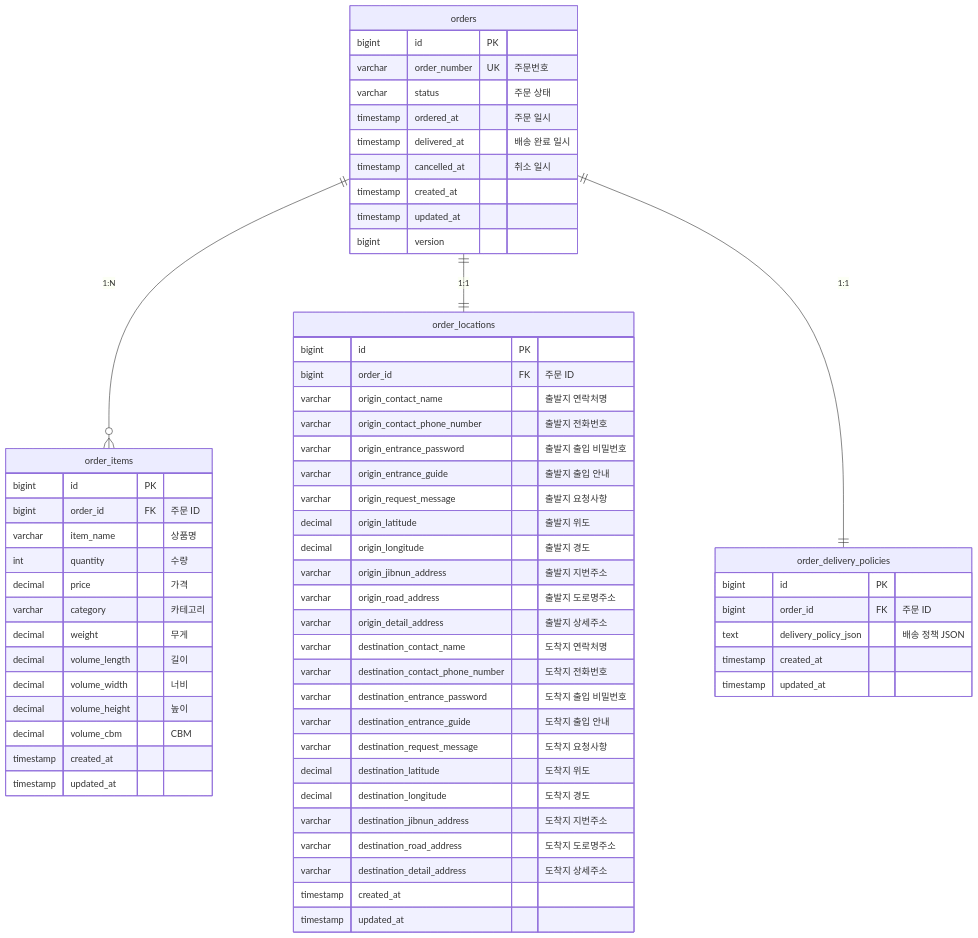
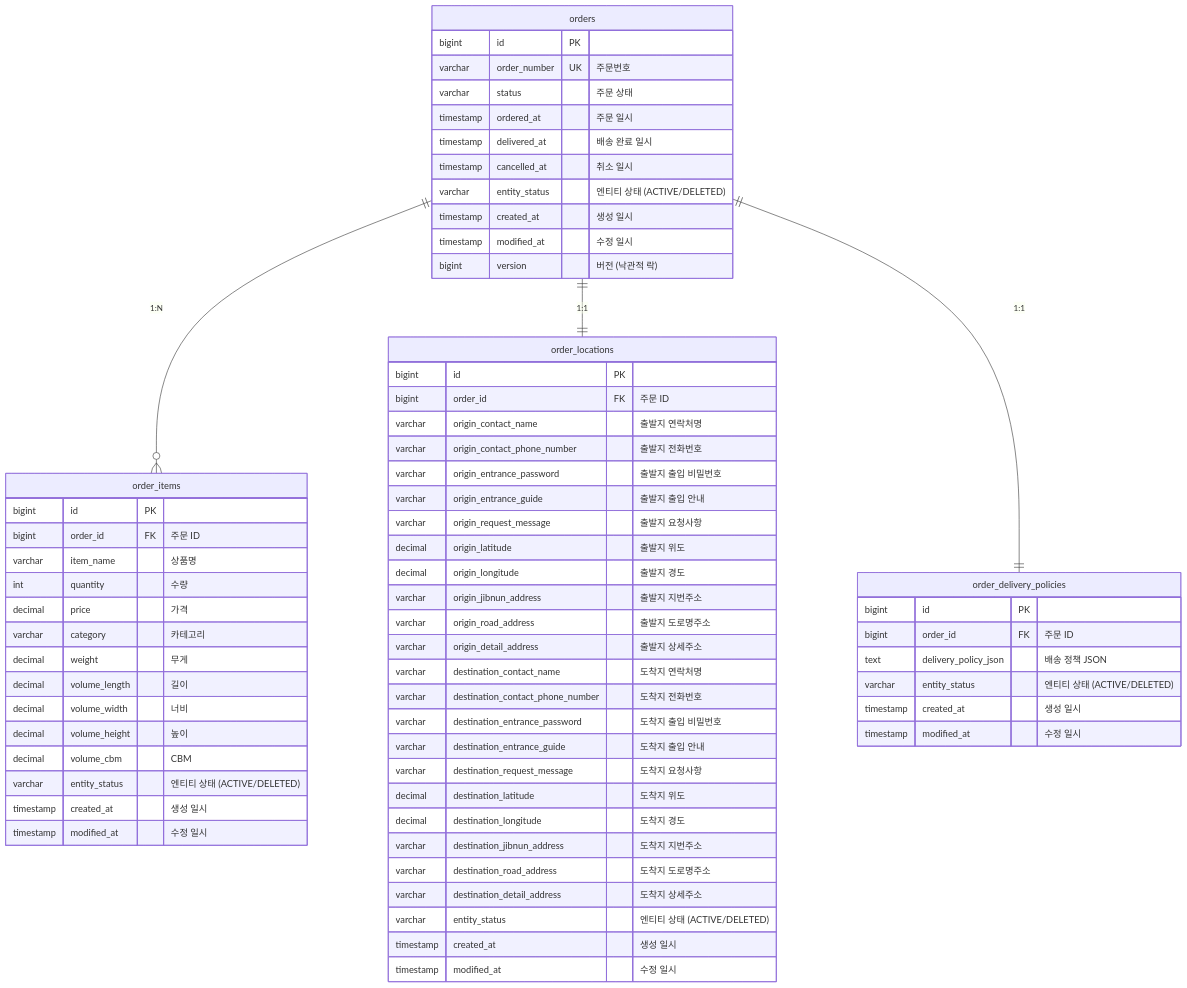
One commit to YoungChulShin-Russel/vroong-laas-order-ai-test changed the diagram in documents/ERD.md. Above: the diagram before and after it, drawn with Mermaid. The commit also changed other lines of this file and 5 other files, not shown here.

````diff
--- a/documents/ERD.md
+++ b/documents/ERD.md
@@ -5,69 +5,73 @@
 ```mermaid
 erDiagram
     orders {
         bigint id PK
         varchar order_number UK "주문번호"
         varchar status "주문 상태"
         timestamp ordered_at "주문 일시"
         timestamp delivered_at "배송 완료 일시"
         timestamp cancelled_at "취소 일시"
-        timestamp created_at
-        timestamp updated_at
-        bigint version
+        varchar entity_status "엔티티 상태 (ACTIVE/DELETED)"
+        timestamp created_at "생성 일시"
+        timestamp modified_at "수정 일시"
+        bigint version "버전 (낙관적 락)"
     }
 
     order_items {
         bigint id PK
         bigint order_id FK "주문 ID"
         varchar item_name "상품명"
         int quantity "수량"
         decimal price "가격"
         varchar category "카테고리"
         decimal weight "무게"
         decimal volume_length "길이"
         decimal volume_width "너비"
         decimal volume_height "높이"
         decimal volume_cbm "CBM"
-        timestamp created_at
-        timestamp updated_at
+        varchar entity_status "엔티티 상태 (ACTIVE/DELETED)"
+        timestamp created_at "생성 일시"
+        timestamp modified_at "수정 일시"
     }
 
     order_locations {
         bigint id PK
         bigint order_id FK "주문 ID"
         varchar origin_contact_name "출발지 연락처명"
         varchar origin_contact_phone_number "출발지 전화번호"
         varchar origin_entrance_password "출발지 출입 비밀번호"
         varchar origin_entrance_guide "출발지 출입 안내"
         varchar origin_request_message "출발지 요청사항"
         decimal origin_latitude "출발지 위도"
         decimal origin_longitude "출발지 경도"
         varchar origin_jibnun_address "출발지 지번주소"
         varchar origin_road_address "출발지 도로명주소"
         varchar origin_detail_address "출발지 상세주소"
         varchar destination_contact_name "도착지 연락처명"
         varchar destination_contact_phone_number "도착지 전화번호"
         varchar destination_entrance_password "도착지 출입 비밀번호"
         varchar destination_entrance_guide "도착지 출입 안내"
         varchar destination_request_message "도착지 요청사항"
         decimal destination_latitude "도착지 위도"
         decimal destination_longitude "도착지 경도"
         varchar destination_jibnun_address "도착지 지번주소"
         varchar destination_road_address "도착지 도로명주소"
         varchar destination_detail_address "도착지 상세주소"
-        timestamp created_at
-        timestamp updated_at
+        varchar entity_status "엔티티 상태 (ACTIVE/DELETED)"
+        timestamp created_at "생성 일시"
+        timestamp modified_at "수정 일시"
     }
 
     order_delivery_policies {
         bigint id PK
         bigint order_id FK "주문 ID"
         text delivery_policy_json "배송 정책 JSON"
-        timestamp created_at
-        timestamp updated_at
+        varchar entity_status "엔티티 상태 (ACTIVE/DELETED)"
+        timestamp created_at "생성 일시"
+        timestamp modified_at "수정 일시"
     }
 
     orders ||--o{ order_items : "1:N"
     orders ||--|| order_locations : "1:1"
     orders ||--|| order_delivery_policies : "1:1"
 ```
````
